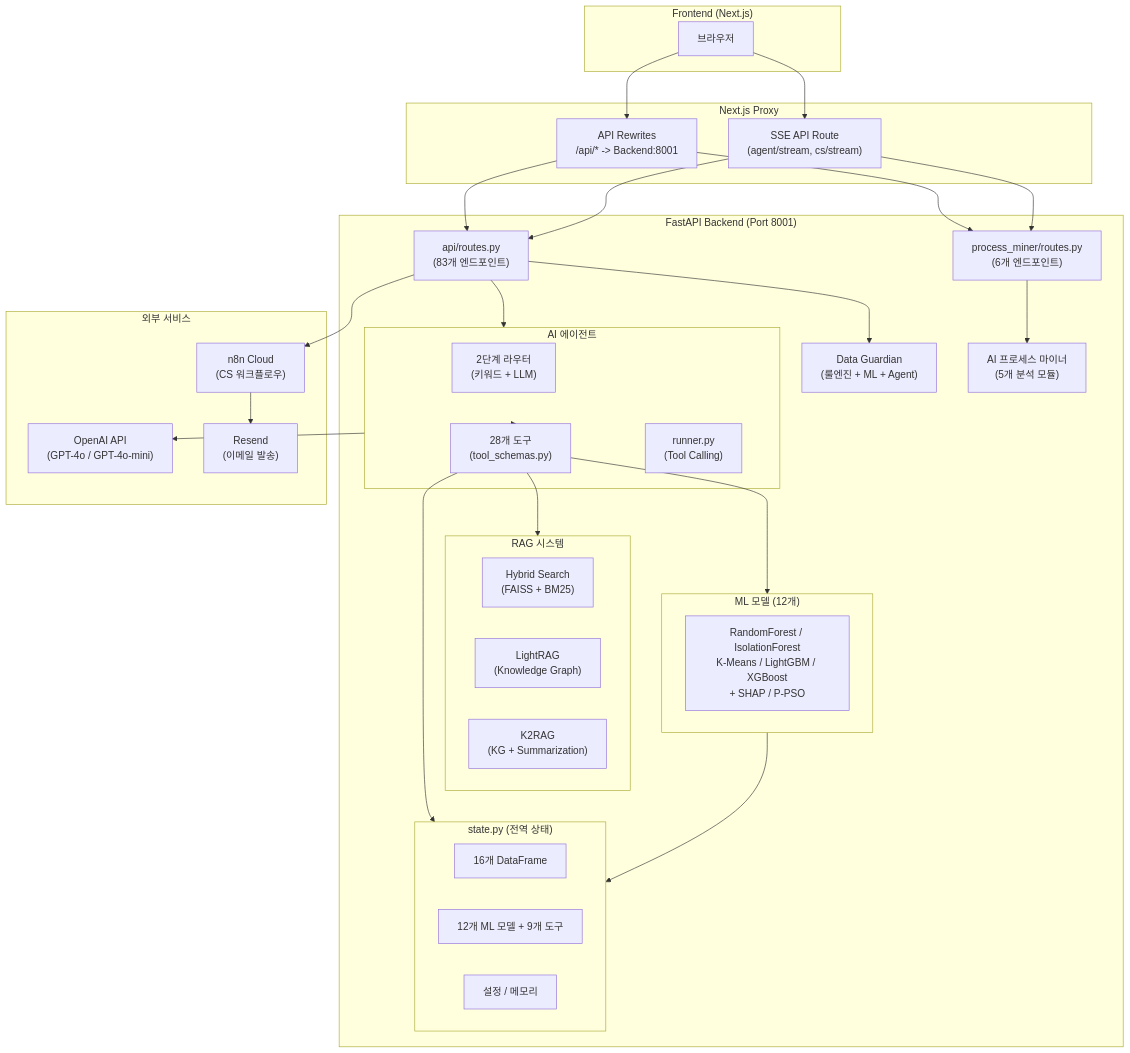
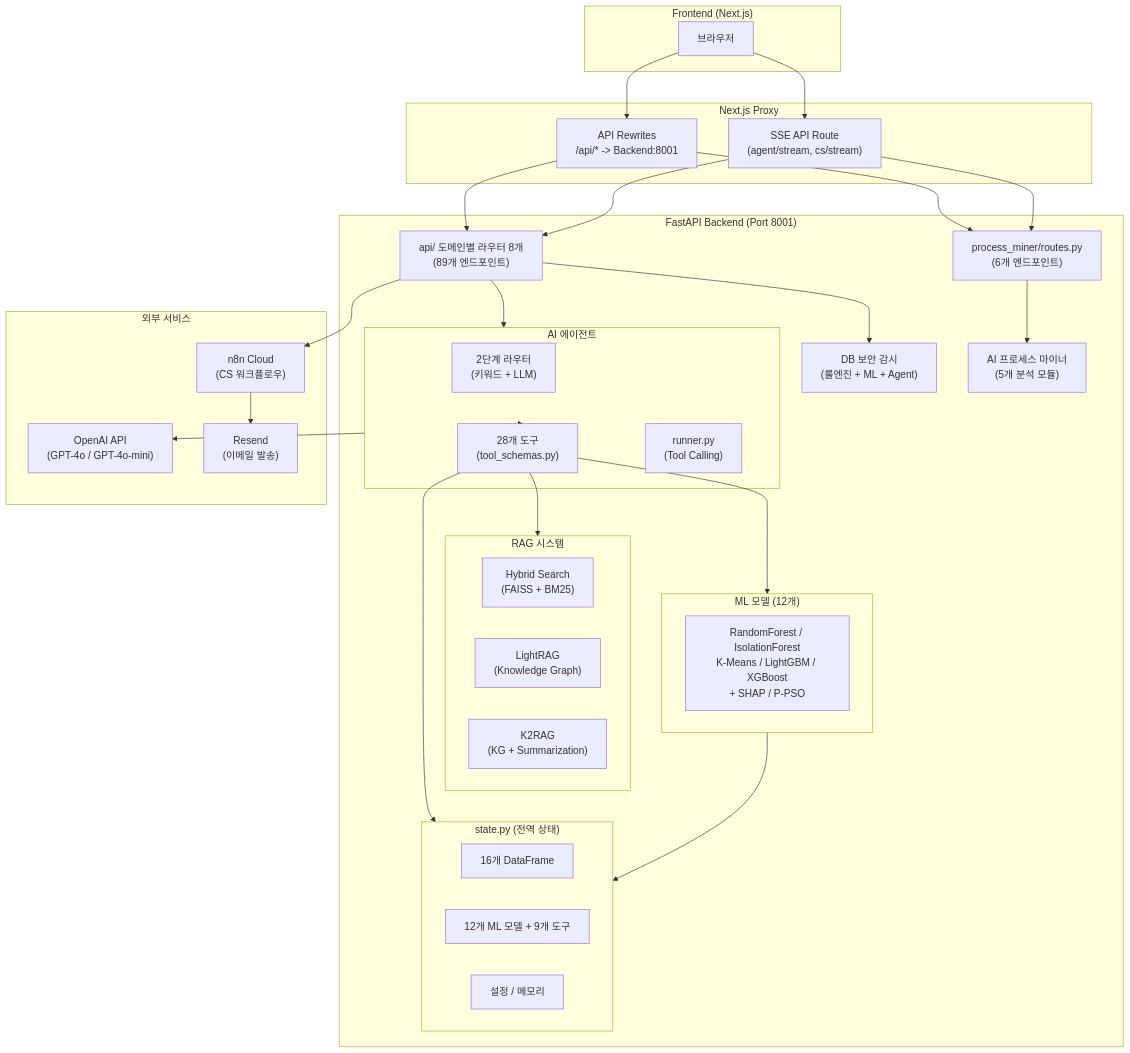
The first of 25 diagrams in backend 리팩토링 시작/README.md (ASNGG/cafe24-demo), drawn with Mermaid before and after one commit. The commit also changed other lines of this file and 2 other files, not shown here.

````diff
--- a/backend 리팩토링 시작/README.md
+++ b/backend 리팩토링 시작/README.md
@@ -53,56 +53,56 @@
 ```mermaid
 flowchart TB
     subgraph Client["Frontend (Next.js)"]
         FE["브라우저"]
     end
 
     subgraph Proxy["Next.js Proxy"]
         NP["API Rewrites<br/>/api/* -> Backend:8001"]
         SSE["SSE API Route<br/>(agent/stream, cs/stream)"]
     end
 
     subgraph Backend["FastAPI Backend (Port 8001)"]
-        ROUTES["api/routes.py<br/>(83개 엔드포인트)"]
+        ROUTES["api/ 도메인별 라우터 8개<br/>(89개 엔드포인트)"]
         PM_ROUTES["process_miner/routes.py<br/>(6개 엔드포인트)"]
 
         subgraph Agent["AI 에이전트"]
             ROUTER["2단계 라우터<br/>(키워드 + LLM)"]
             TOOLS["28개 도구<br/>(tool_schemas.py)"]
             RUNNER["runner.py<br/>(Tool Calling)"]
         end
 
         subgraph RAG["RAG 시스템"]
             HYBRID["Hybrid Search<br/>(FAISS + BM25)"]
             LIGHTRAG["LightRAG<br/>(Knowledge Graph)"]
             K2RAG["K2RAG<br/>(KG + Summarization)"]
         end
 
         subgraph ML["ML 모델 (12개)"]
             MODELS["RandomForest / IsolationForest<br/>K-Means / LightGBM / XGBoost<br/>+ SHAP / P-PSO"]
         end
 
         subgraph State["state.py (전역 상태)"]
             DF["16개 DataFrame"]
             MLV["12개 ML 모델 + 9개 도구"]
             CFG["설정 / 메모리"]
         end
 
-        GUARDIAN["Data Guardian<br/>(룰엔진 + ML + Agent)"]
+        GUARDIAN["DB 보안 감시<br/>(룰엔진 + ML + Agent)"]
         MINER["AI 프로세스 마이너<br/>(5개 분석 모듈)"]
     end
 
     subgraph External["외부 서비스"]
         OPENAI["OpenAI API<br/>(GPT-4o / GPT-4o-mini)"]
         N8N["n8n Cloud<br/>(CS 워크플로우)"]
         RESEND["Resend<br/>(이메일 발송)"]
     end
 
     FE --> NP & SSE --> ROUTES & PM_ROUTES
     ROUTES --> Agent --> TOOLS --> ML & RAG
     ROUTES --> GUARDIAN
     PM_ROUTES --> MINER
     Agent --> OPENAI
     ROUTES --> N8N --> RESEND
     TOOLS --> State
     ML --> State
 ```
````
